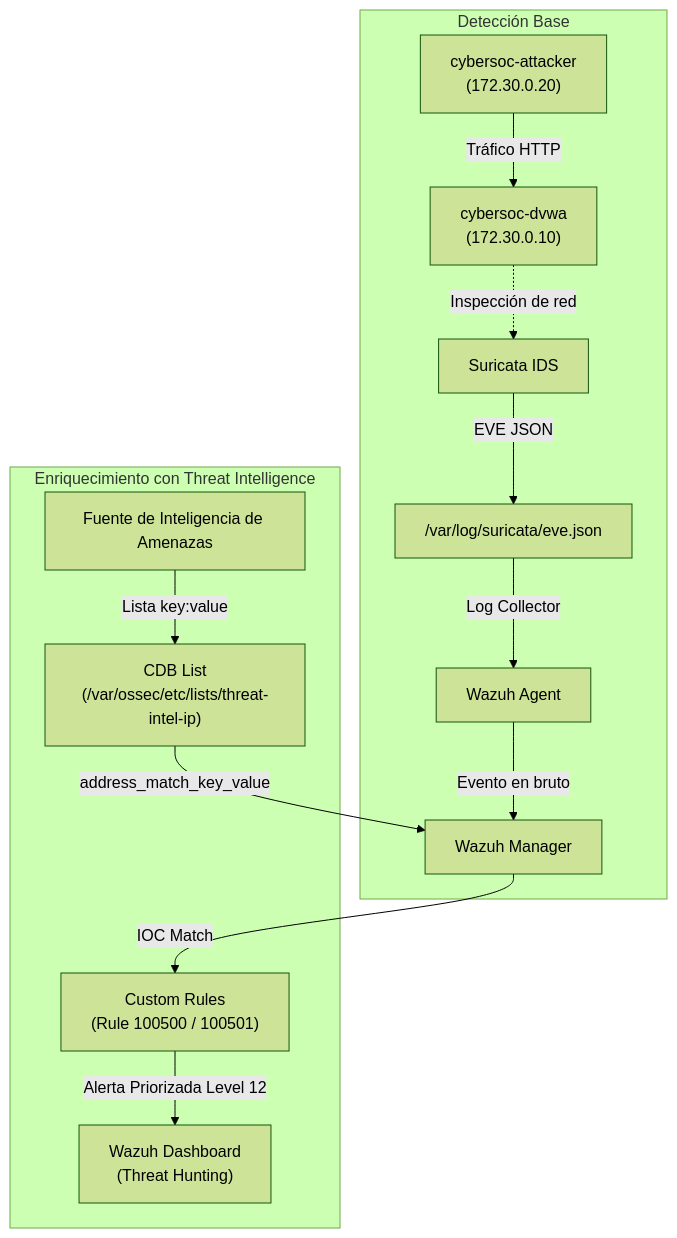
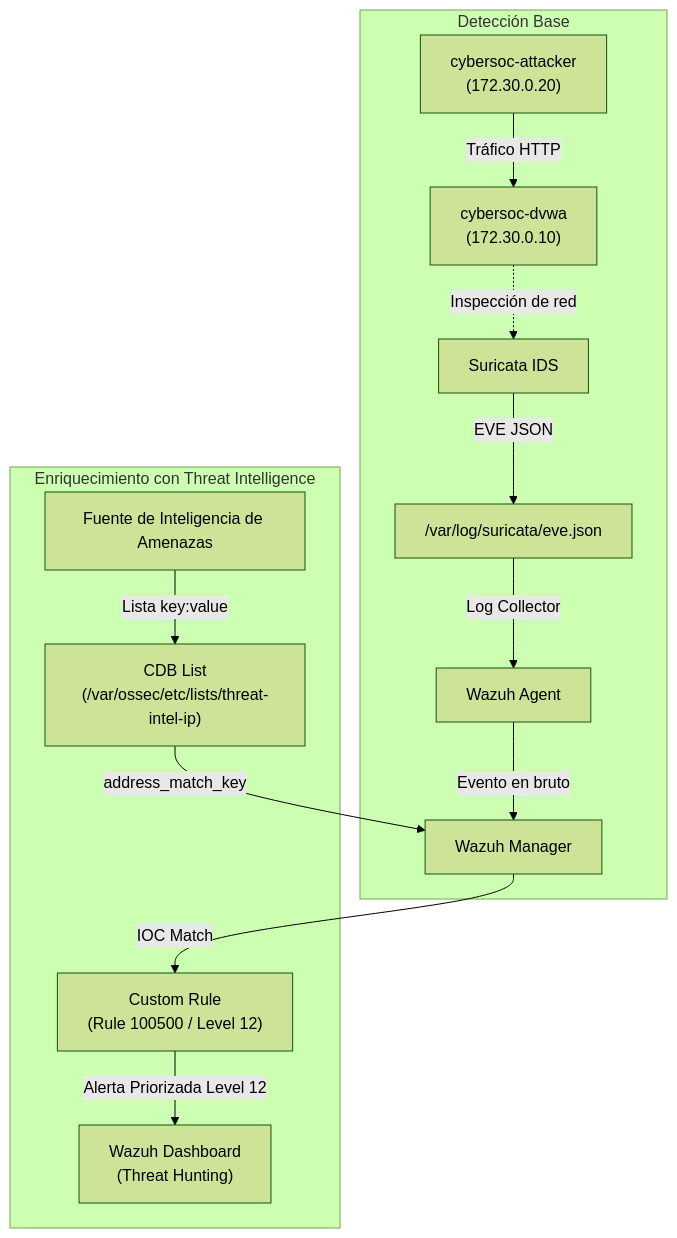
The first of 3 diagrams in cybersoc/02-arquitectura-soc/lab/README.md (purpesec/Cybersecurity-For-Beginners), drawn with Mermaid (forest theme) before and after one commit. The commit also changed other lines of this file and 1 other file, not shown here.

First line of the commit message:
fix(cybersoc): corregir laboratorio Threat Intelligence con una CDB y regla 100500

````diff
--- a/cybersoc/02-arquitectura-soc/lab/README.md
+++ b/cybersoc/02-arquitectura-soc/lab/README.md
@@ -690,17 +693,17 @@
 ```mermaid
 flowchart TD
     subgraph Detección Base
         ATT["cybersoc-attacker\n(172.30.0.20)"] -->|Tráfico HTTP| DVWA["cybersoc-dvwa\n(172.30.0.10)"]
         DVWA -.->|Inspección de red| SURI["Suricata IDS"]
         SURI -->|EVE JSON| EVE["/var/log/suricata/eve.json"]
         EVE -->|Log Collector| AGENT["Wazuh Agent"]
         AGENT -->|Evento en bruto| WAZUH["Wazuh Manager"]
     end
 
     subgraph Enriquecimiento con Threat Intelligence
         TI["Fuente de Inteligencia de Amenazas"] -->|Lista key:value| CDB["CDB List\n(/var/ossec/etc/lists/threat-intel-ip)"]
-        CDB -->|address_match_key_value| WAZUH
-        WAZUH -->|IOC Match| CR["Custom Rules\n(Rule 100500 / 100501)"]
+        CDB -->|address_match_key| WAZUH
+        WAZUH -->|IOC Match| CR["Custom Rule\n(Rule 100500 / Level 12)"]
         CR -->|Alerta Priorizada Level 12| DASH["Wazuh Dashboard\n(Threat Hunting)"]
     end
 ```
````
